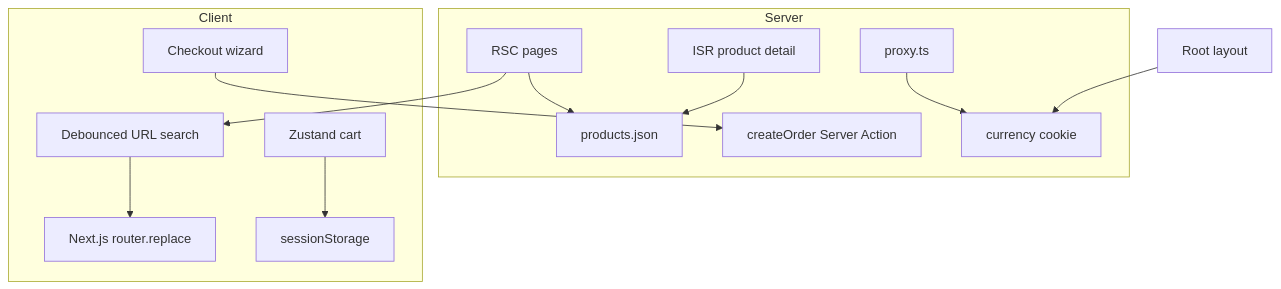
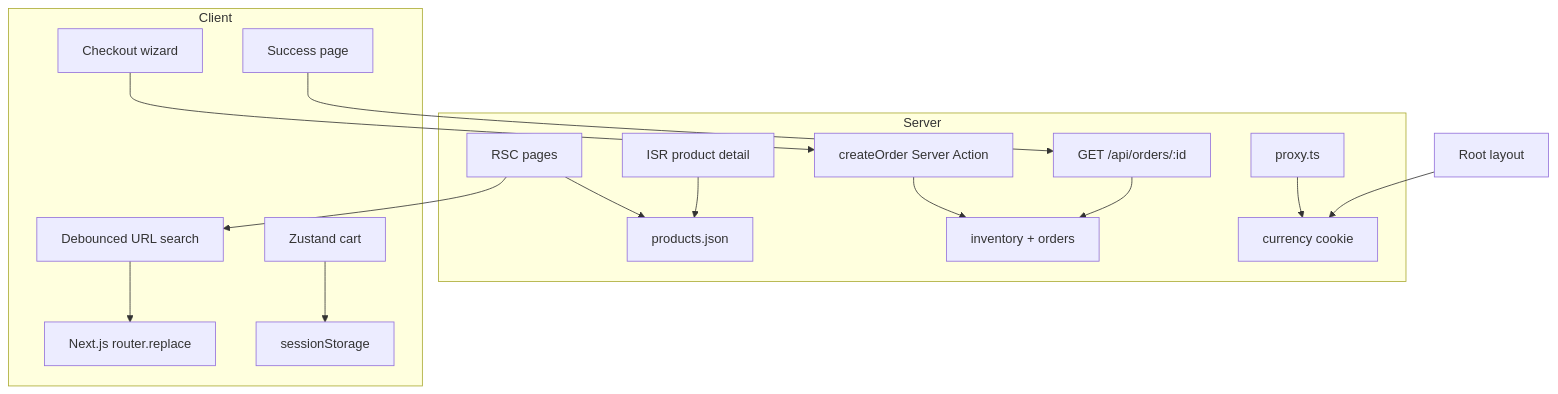
The diagram in README.md (johnTubson/kora-market), drawn with Mermaid before and after one commit. The commit also changed other lines of this file and 26 other files, not shown here.

Commit message:
Release v1.2.0: introduce inventory reservation, order persistence, and enhanced checkout experience.

````diff
--- a/README.md
+++ b/README.md
@@ -20,16 +20,18 @@
 ```mermaid
 flowchart TB
   subgraph server [Server]
     RSC[RSC pages] --> ProductsJSON[products.json]
     ISR[ISR product detail] --> ProductsJSON
-    SA[createOrder Server Action]
+    SA[createOrder Server Action] --> Inventory[inventory + orders]
+    OrdersAPI[GET /api/orders/:id] --> Inventory
     MW[proxy.ts] --> Cookie[currency cookie]
   end
   subgraph client [Client]
     Search[Debounced URL search] --> Router[Next.js router.replace]
     Cart[Zustand cart] --> Session[sessionStorage]
     Checkout[Checkout wizard] --> SA
+    Success[Success page] --> OrdersAPI
   end
   Layout[Root layout] --> Cookie
   RSC --> Search
 ```
````
